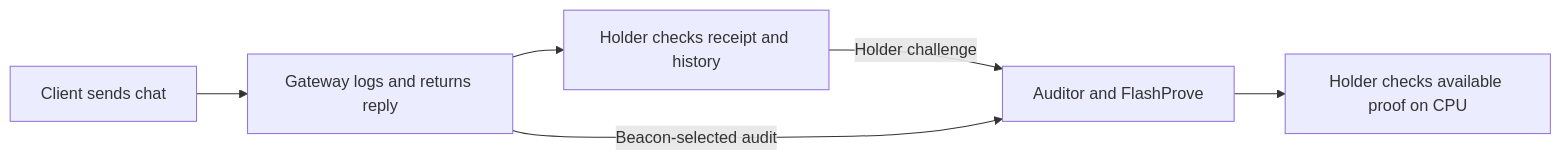
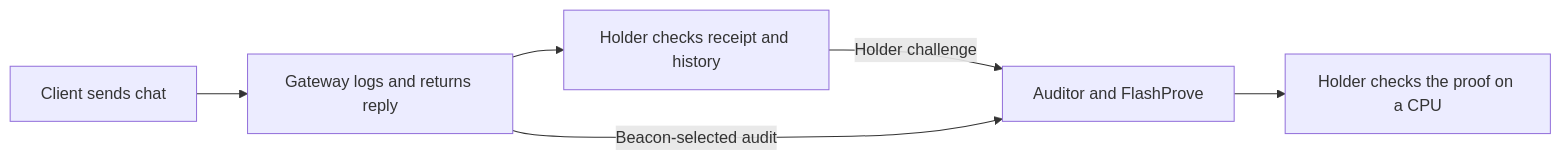
The diagram in README.md (Lucid-Computing/akashi), drawn with Mermaid before and after one commit. The commit also changed other lines of this file and 2 other files, not shown here.

````diff
--- a/README.md
+++ b/README.md
@@ -38,10 +45,10 @@
 ```mermaid
 flowchart LR
     accTitle: From chat to offline proof verification
     accDescr: The gateway logs and returns the reply. Either a holder challenge or beacon selection starts a proof job. A holder with the evidence can verify it on a CPU.
     A["Client sends chat"] --> B["Gateway logs and returns reply"]
     B --> C["Holder checks receipt and history"]
     C -->|"Holder challenge"| D["Auditor and FlashProve"]
     B -->|"Beacon-selected audit"| D
-    D --> E["Holder checks available proof on CPU"]
+    D --> E["Holder checks the proof on a CPU"]
 ```
````
